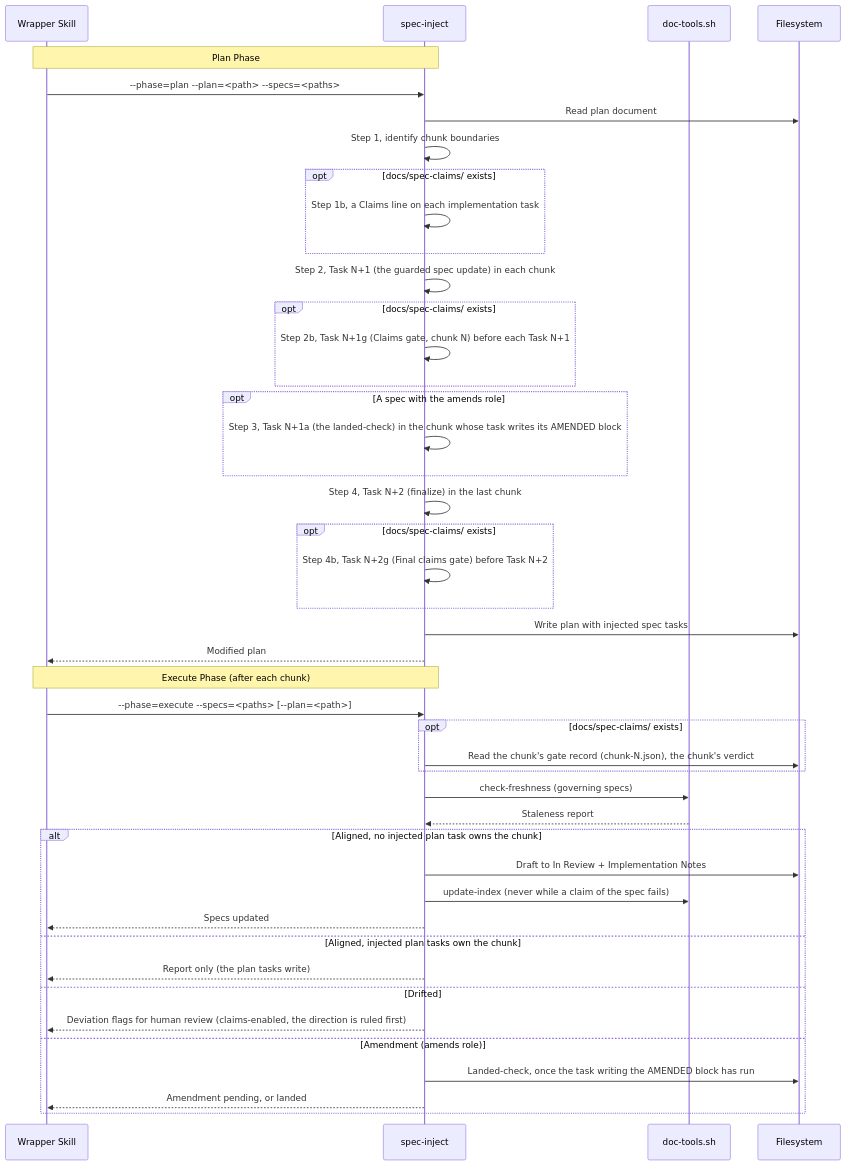
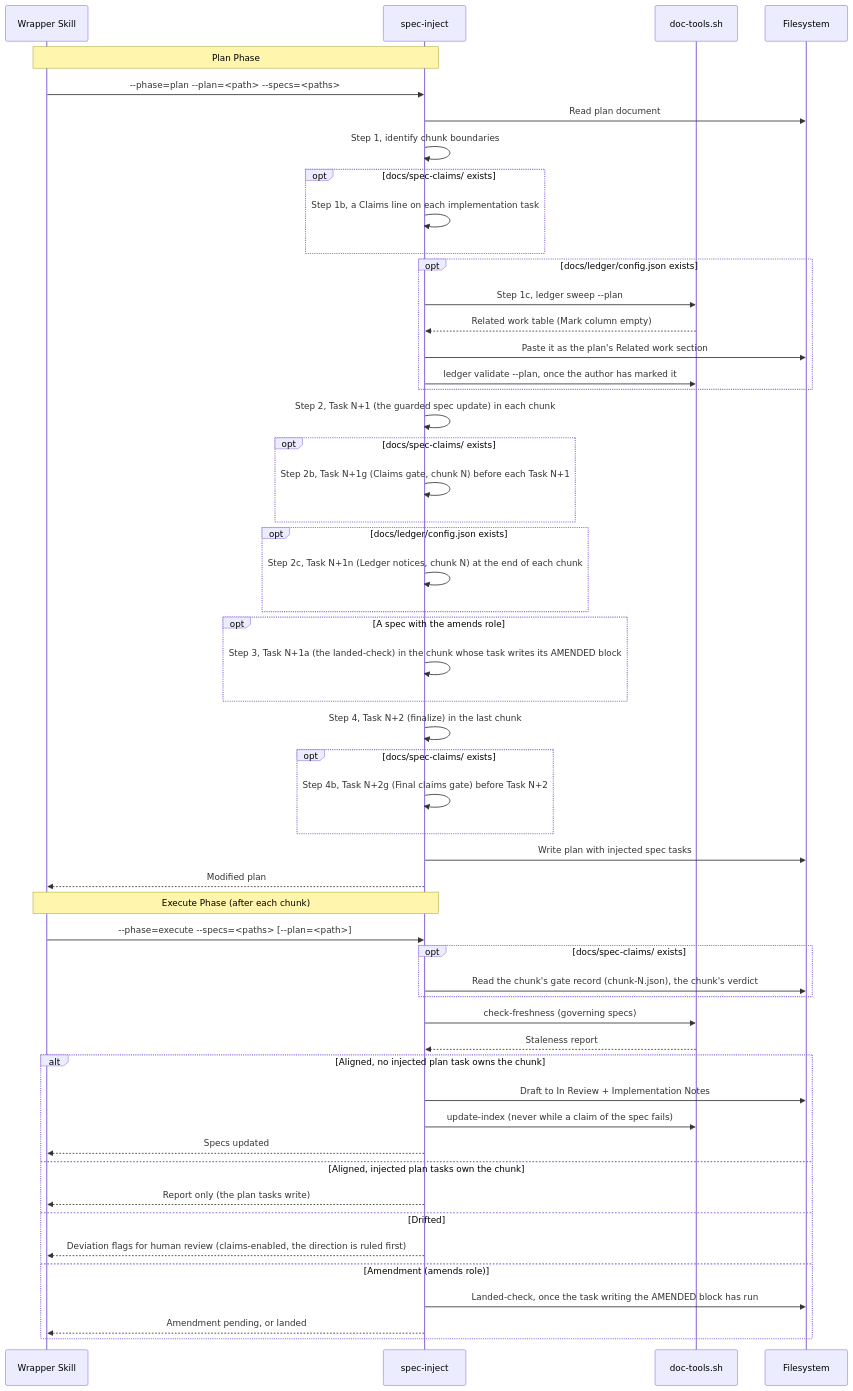
Before and after one commit to woodrowpearson/doc-superpowers: the seventh of 11 diagrams in docs/workflows/doc-superpowers.md, drawn with Mermaid. The commit also changed other lines of this file, not shown here.

First line of the commit message:
docs(workflows): the work ledger in the workflows doc and its diagram sources

````diff
--- a/docs/workflows/doc-superpowers.md
+++ b/docs/workflows/doc-superpowers.md
@@ -610,48 +634,57 @@
 ```mermaid
 sequenceDiagram
   participant W as Wrapper Skill
   participant SI as spec-inject
   participant DT as doc-tools.sh
   participant FS as Filesystem
 
   Note over W,SI: Plan Phase
   W->>SI: --phase=plan --plan=<path> --specs=<paths>
   SI->>FS: Read plan document
   SI->>SI: Step 1, identify chunk boundaries
   opt docs/spec-claims/ exists
     SI->>SI: Step 1b, a Claims line on each implementation task
   end
+  opt docs/ledger/config.json exists
+    SI->>DT: Step 1c, ledger sweep --plan
+    DT-->>SI: Related work table (Mark column empty)
+    SI->>FS: Paste it as the plan's Related work section
+    SI->>DT: ledger validate --plan, once the author has marked it
+  end
   SI->>SI: Step 2, Task N+1 (the guarded spec update) in each chunk
   opt docs/spec-claims/ exists
     SI->>SI: Step 2b, Task N+1g (Claims gate, chunk N) before each Task N+1
+  end
+  opt docs/ledger/config.json exists
+    SI->>SI: Step 2c, Task N+1n (Ledger notices, chunk N) at the end of each chunk
   end
   opt A spec with the amends role
     SI->>SI: Step 3, Task N+1a (the landed-check) in the chunk whose task writes its AMENDED block
   end
   SI->>SI: Step 4, Task N+2 (finalize) in the last chunk
   opt docs/spec-claims/ exists
     SI->>SI: Step 4b, Task N+2g (Final claims gate) before Task N+2
   end
   SI->>FS: Write plan with injected spec tasks
   SI-->>W: Modified plan
 
   Note over W,SI: Execute Phase (after each chunk)
   W->>SI: --phase=execute --specs=<paths> [--plan=<path>]
   opt docs/spec-claims/ exists
     SI->>FS: Read the chunk's gate record (chunk-N.json), the chunk's verdict
   end
   SI->>DT: check-freshness (governing specs)
   DT-->>SI: Staleness report
   alt Aligned, no injected plan task owns the chunk
     SI->>FS: Draft to In Review + Implementation Notes
     SI->>DT: update-index (never while a claim of the spec fails)
     SI-->>W: Specs updated
   else Aligned, injected plan tasks own the chunk
     SI-->>W: Report only (the plan tasks write)
   else Drifted
     SI-->>W: Deviation flags for human review (claims-enabled, the direction is ruled first)
   else Amendment (amends role)
     SI->>FS: Landed-check, once the task writing the AMENDED block has run
     SI-->>W: Amendment pending, or landed
   end
 ```
````
